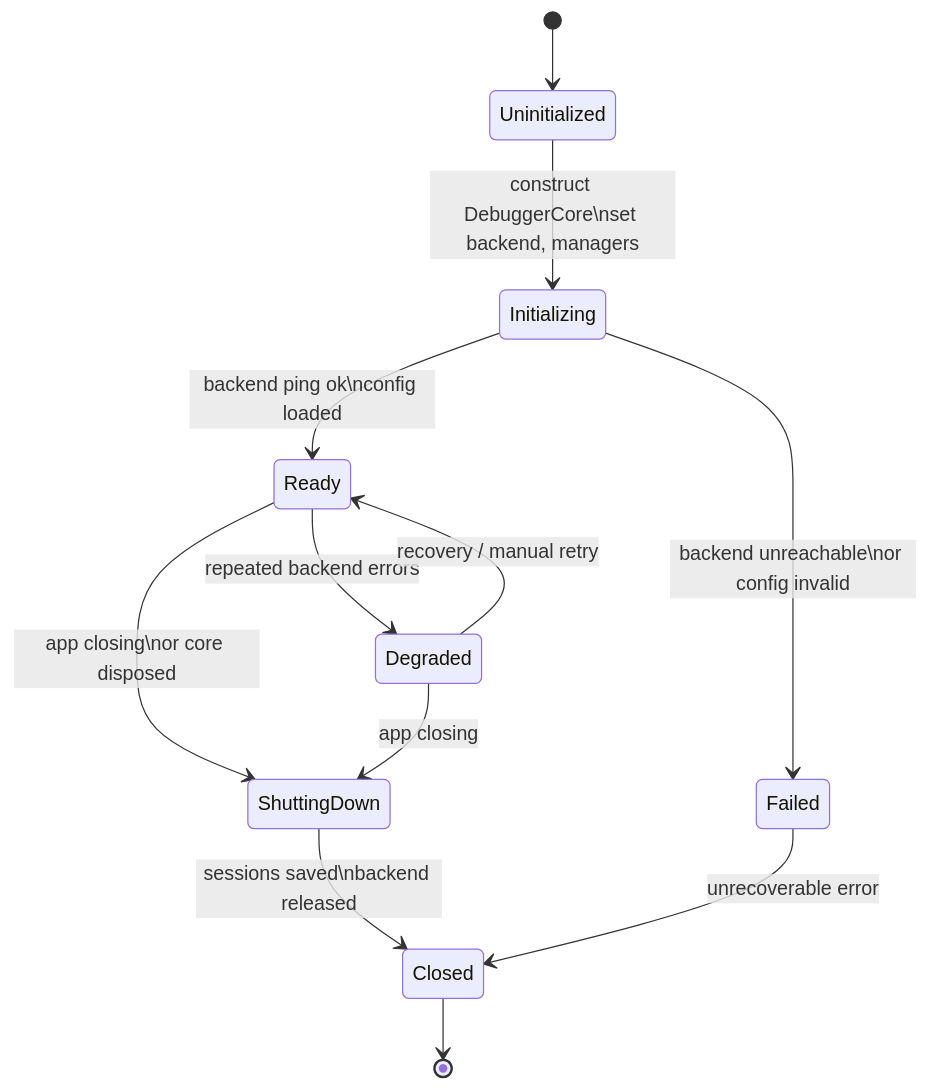
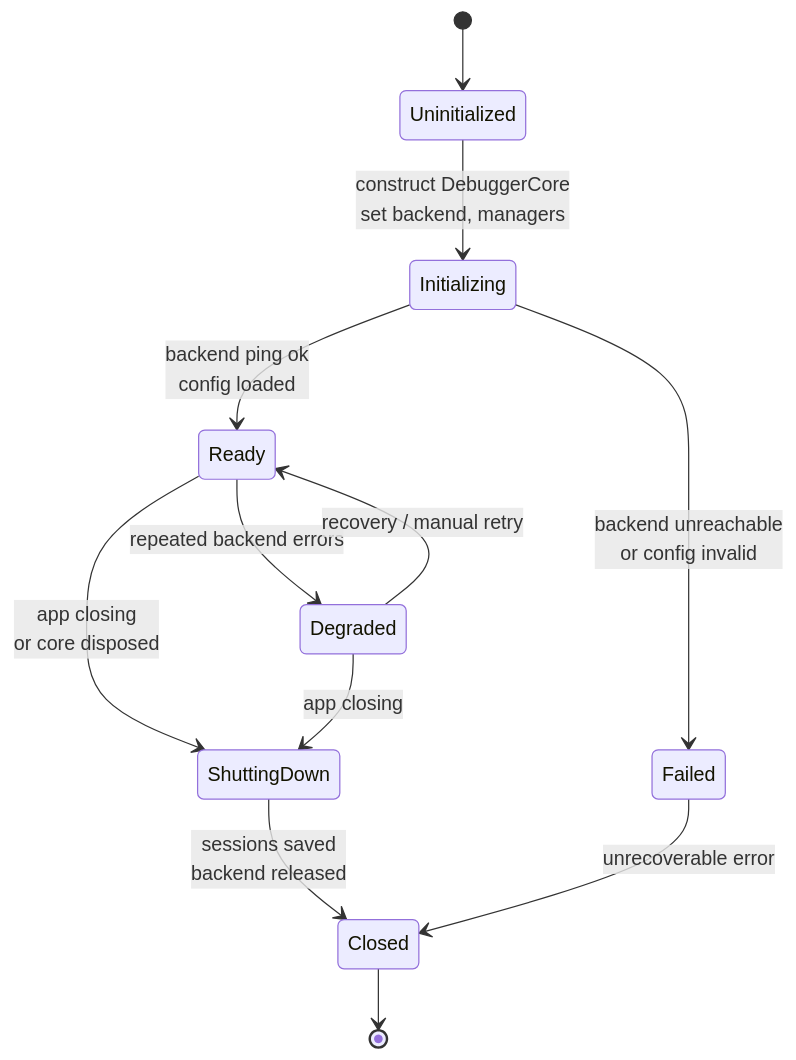
One commit to Huraharah/guardAIn_Debugger changed the diagram in docs/Diagrams/Core/debuggercore_state.md. Above: the diagram before and after it, drawn with Mermaid. The commit also changed 8 other files, not shown here.

````diff
--- a/docs/Diagrams/Core/debuggercore_state.md
+++ b/docs/Diagrams/Core/debuggercore_state.md
@@ -1,21 +1,21 @@
 ```mermaid
 stateDiagram-v2
     [*] --> Uninitialized
 
-    Uninitialized --> Initializing: construct DebuggerCore\nset backend, managers
-    Initializing --> Ready: backend ping ok\nconfig loaded
+    Uninitialized --> Initializing: construct DebuggerCore<br/>set backend, managers
+    Initializing --> Ready: backend ping ok<br/>config loaded
 
-    Initializing --> Failed: backend unreachable\nor config invalid
+    Initializing --> Failed: backend unreachable<br/>or config invalid
 
     Ready --> Degraded: repeated backend errors
     Degraded --> Ready: recovery / manual retry
 
-    Ready --> ShuttingDown: app closing\nor core disposed
+    Ready --> ShuttingDown: app closing<br/>or core disposed
     Degraded --> ShuttingDown: app closing
 
-    ShuttingDown --> Closed: sessions saved\nbackend released
+    ShuttingDown --> Closed: sessions saved<br/>backend released
 
     Failed --> Closed: unrecoverable error
 
     Closed --> [*]
 ```
````
